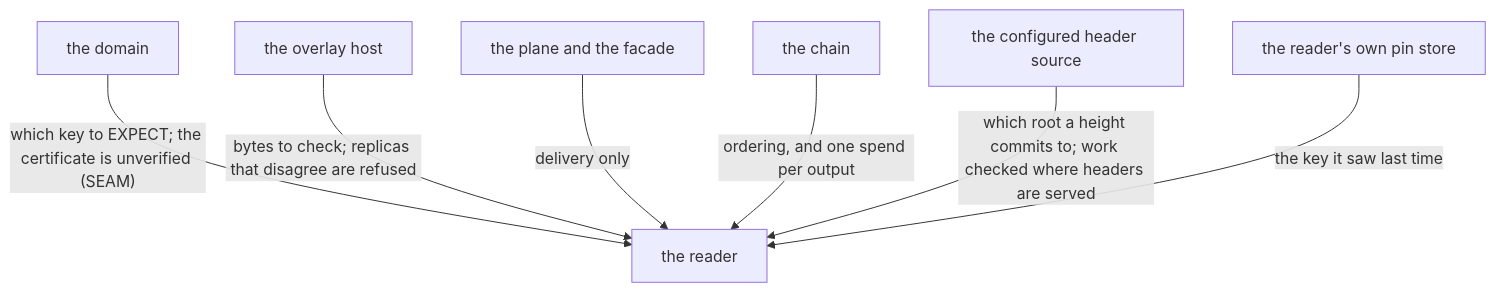
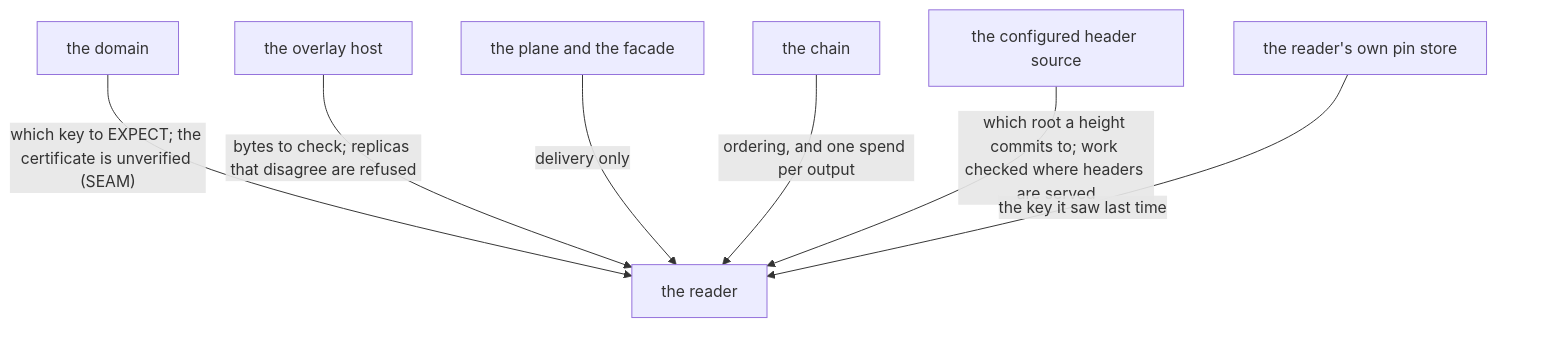
Before and after one commit to lightwebinc/bfinger: diagram 19 of 19 in docs/flows.md, drawn with Mermaid. The commit also changed other lines of this file and 9 other files, not shown here.

First line of the commit message:
[Fix] diagrams: a spacer where the viewer's controls land

````diff
--- a/docs/flows.md
+++ b/docs/flows.md
@@ -595,9 +655,14 @@
 ```mermaid
 flowchart TD
   D["the domain"] -->|"which key to EXPECT; the certificate is unverified (SEAM)"| R["the reader"]
   H["the overlay host"] -->|"bytes to check; replicas that disagree are refused"| R
   PL["the plane and the facade"] -->|"delivery only"| R
   CH["the chain"] -->|"ordering, and one spend per output"| R
   HS["the configured header source"] -->|"which root a height commits to; work checked where headers are served"| R
   PN["the reader's own pin store"] -->|"the key it saw last time"| R
+  %% The last node is an invisible spacer in the rightmost rank: the rendered
+  %% viewer places its zoom and pan controls over the bottom-right corner.
+  PN ~~~ pad
+  pad["&nbsp;&nbsp;&nbsp;&nbsp;&nbsp;&nbsp;&nbsp;&nbsp;&nbsp;&nbsp;&nbsp;&nbsp;&nbsp;&nbsp;&nbsp;&nbsp;&nbsp;&nbsp;&nbsp;&nbsp;&nbsp;&nbsp;&nbsp;&nbsp;&nbsp;&nbsp;&nbsp;&nbsp;&nbsp;&nbsp;&nbsp;&nbsp;&nbsp;&nbsp;&nbsp;&nbsp;&nbsp;&nbsp;&nbsp;&nbsp;&nbsp;&nbsp;&nbsp;&nbsp;&nbsp;&nbsp;&nbsp;&nbsp;<br/>&nbsp;<br/>&nbsp;<br/>&nbsp;"]:::pad
+  classDef pad fill:none,stroke:none,color:transparent
 ```
````
